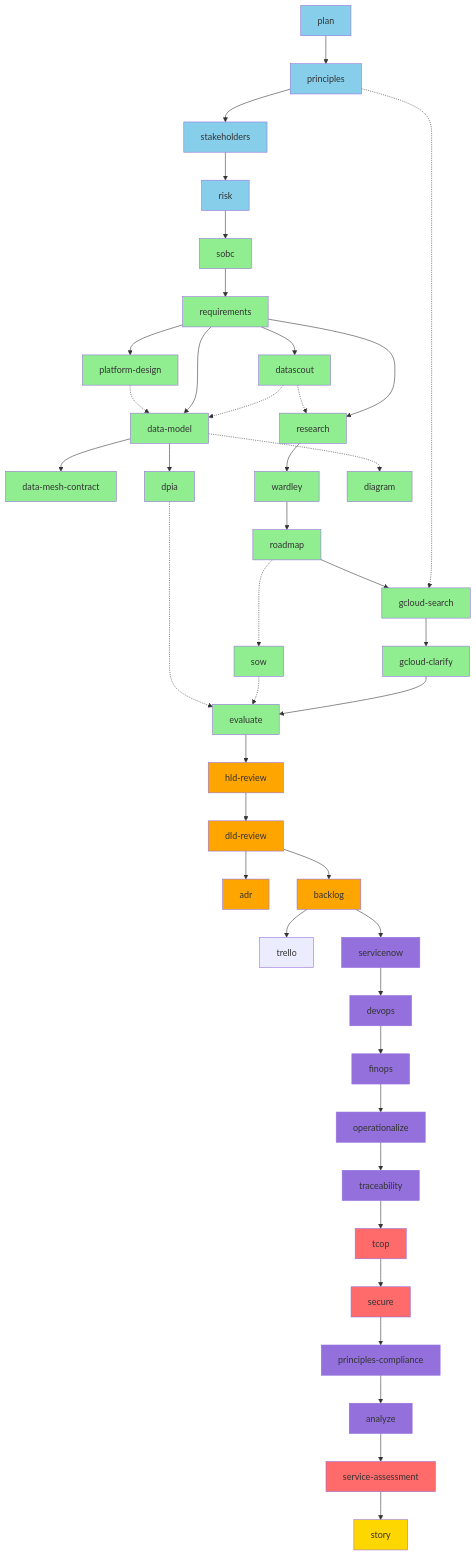
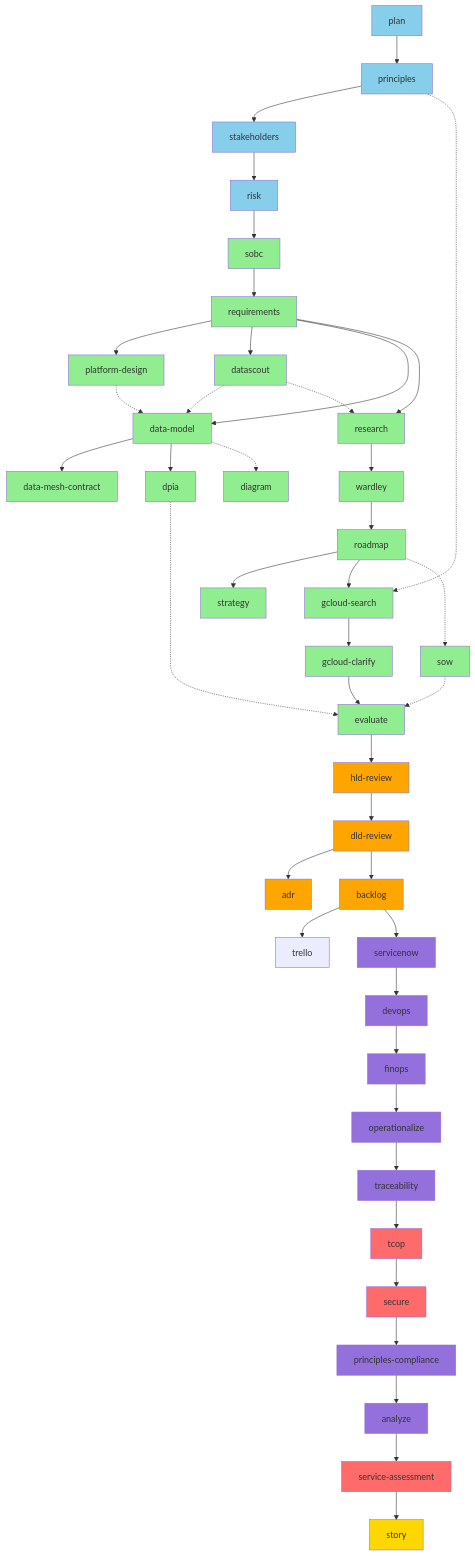
The second of 9 diagrams in WORKFLOW-DIAGRAMS.md (tractorjuice/arckit-test-project-v8-ons-data-platform), drawn with Mermaid before and after one commit. The commit also changed other lines of this file and 2 other files, not shown here.

Commit message:
chore: sync documentation - add strategy command docs

```diff
--- a/WORKFLOW-DIAGRAMS.md
+++ b/WORKFLOW-DIAGRAMS.md
@@ -135,6 +137,7 @@
     F1 -.-> K
     K --> L[wardley]
     L --> M[roadmap]
+    M --> M1[strategy]
     H -.-> V[diagram]
 
     %% Tier 5: UK Gov Procurement
@@ -188,6 +191,7 @@
     style K fill:#90EE90
     style L fill:#90EE90
     style M fill:#90EE90
+    style M1 fill:#90EE90
     style N fill:#90EE90
     style O fill:#90EE90
     style P fill:#90EE90
```
